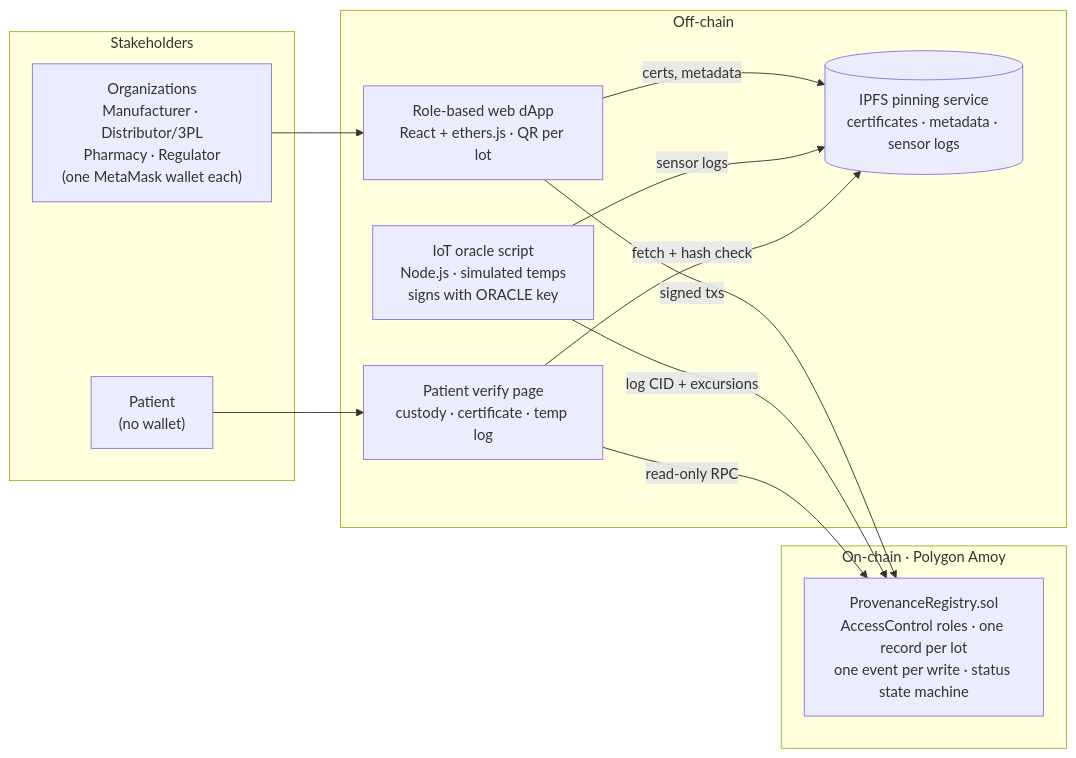
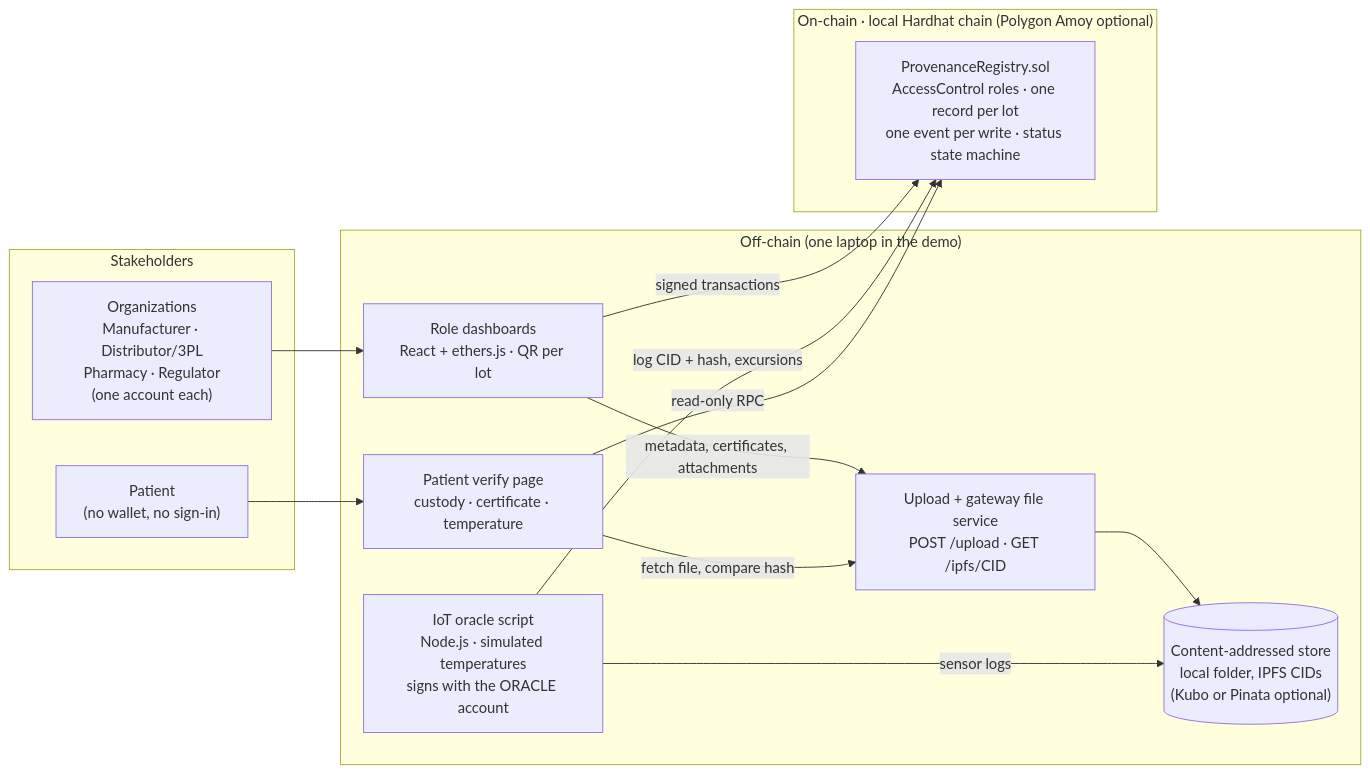
Before and after one commit to Srijan2601/cse540-pharma-provenance: the first of 2 diagrams in README.md, drawn with Mermaid. The commit also changed other lines of this file and 195 other files, not shown here.

````diff
--- a/README.md
+++ b/README.md
@@ -52,24 +114,26 @@
 ```mermaid
 flowchart LR
     subgraph S["Stakeholders"]
-        ORG["Organizations<br/>Manufacturer · Distributor/3PL<br/>Pharmacy · Regulator<br/>(one MetaMask wallet each)"]
-        PAT["Patient<br/>(no wallet)"]
+        ORG["Organizations<br/>Manufacturer · Distributor/3PL<br/>Pharmacy · Regulator<br/>(one account each)"]
+        PAT["Patient<br/>(no wallet, no sign-in)"]
     end
-    subgraph OFF["Off-chain"]
-        DAPP["Role-based web dApp<br/>React + ethers.js · QR per lot"]
-        ORA["IoT oracle script<br/>Node.js · simulated temps<br/>signs with ORACLE key"]
-        IPFS[("IPFS pinning service<br/>certificates · metadata · sensor logs")]
-        VER["Patient verify page<br/>custody · certificate · temp log"]
+    subgraph OFF["Off-chain (one laptop in the demo)"]
+        DAPP["Role dashboards<br/>React + ethers.js · QR per lot"]
+        VER["Patient verify page<br/>custody · certificate · temperature"]
+        ORA["IoT oracle script<br/>Node.js · simulated temperatures<br/>signs with the ORACLE account"]
+        SVC["Upload + gateway file service<br/>POST /upload · GET /ipfs/CID"]
+        STORE[("Content-addressed store<br/>local folder, IPFS CIDs<br/>(Kubo or Pinata optional)")]
     end
-    subgraph ON["On-chain · Polygon Amoy"]
+    subgraph ON["On-chain · local Hardhat chain (Polygon Amoy optional)"]
         REG["ProvenanceRegistry.sol<br/>AccessControl roles · one record per lot<br/>one event per write · status state machine"]
     end
     ORG --> DAPP
     PAT --> VER
-    DAPP -- "signed txs" --> REG
-    DAPP -- "certs, metadata" --> IPFS
-    ORA -- "log CID + excursions" --> REG
-    ORA -- "sensor logs" --> IPFS
-    VER -- "fetch + hash check" --> IPFS
+    DAPP -- "signed transactions" --> REG
+    DAPP -- "metadata, certificates, attachments" --> SVC
+    SVC --> STORE
+    ORA -- "sensor logs" --> STORE
+    ORA -- "log CID + hash, excursions" --> REG
+    VER -- "fetch file, compare hash" --> SVC
     VER -- "read-only RPC" --> REG
 ```
````
